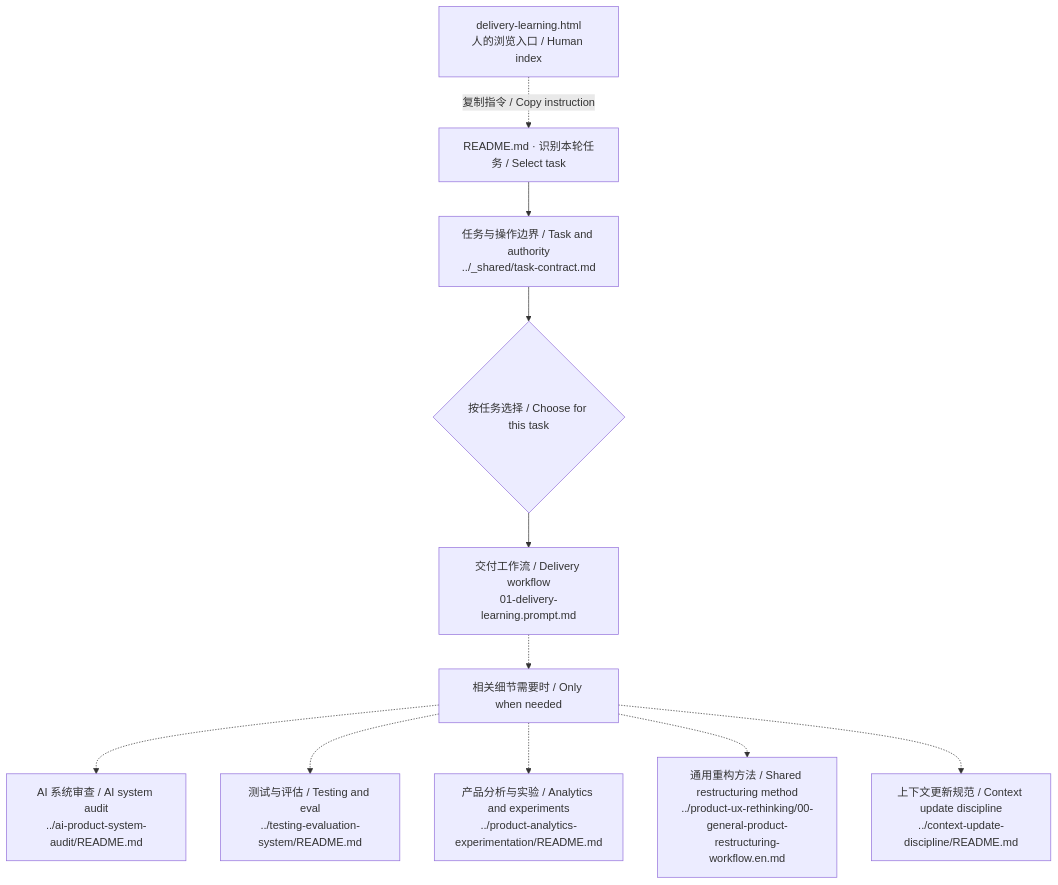
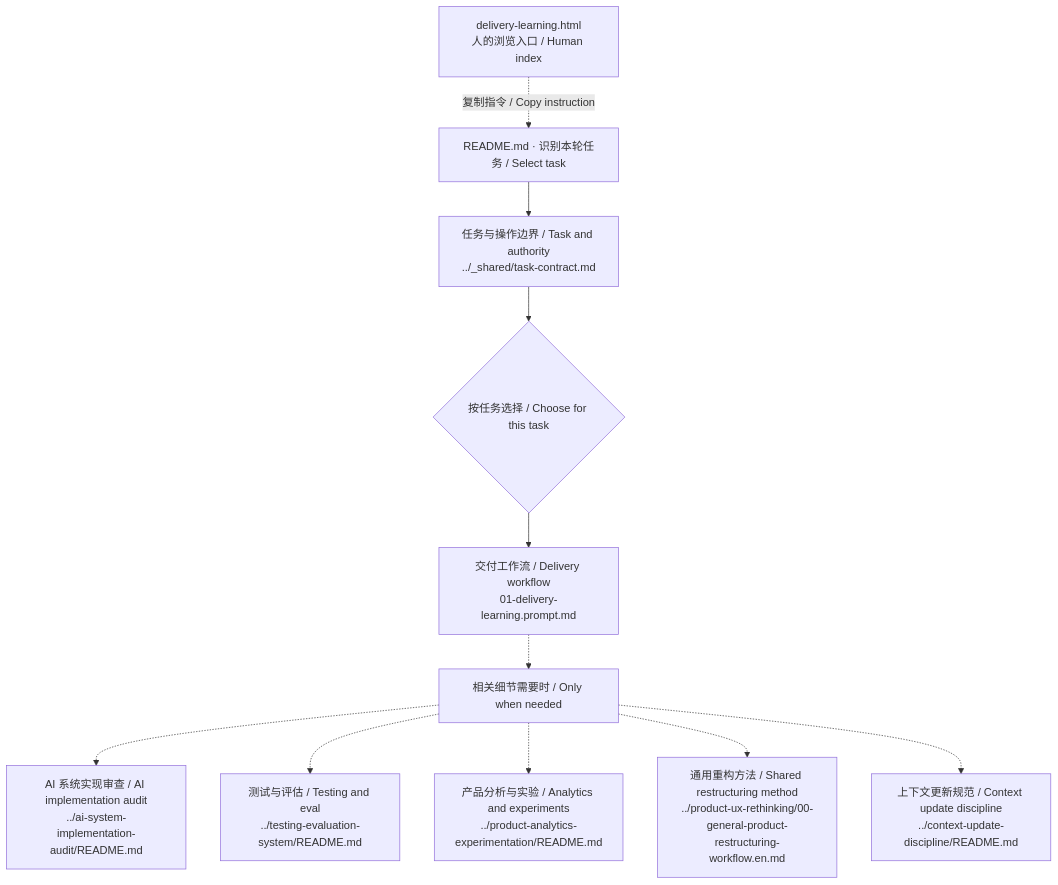
One commit to CD3-github/product-practice-library changed the diagram in prompts/delivery-learning/file-map.md. Above: the diagram before and after it, drawn with Mermaid. The commit also changed other lines of this file and 16 other files, not shown here.

Commit message:
Rename AI system implementation audit

````diff
--- a/prompts/delivery-learning/file-map.md
+++ b/prompts/delivery-learning/file-map.md
@@ -15,24 +15,24 @@
 ```mermaid
 flowchart TD
   H["delivery-learning.html<br/>人的浏览入口 / Human index"]
   E["README.md · 识别本轮任务 / Select task"]
   H -. "复制指令 / Copy instruction" .-> E
   Q0["任务与操作边界 / Task and authority<br/>../_shared/task-contract.md"]
   E --> Q0
   S{"按任务选择 / Choose for this task"}
   Q0 --> S
   W0["交付工作流 / Delivery workflow<br/>01-delivery-learning.prompt.md"]
   S --> W0
   O["相关细节需要时 / Only when needed"]
   W0 -.-> O
-  R0["AI 系统审查 / AI system audit<br/>../ai-product-system-audit/README.md"]
+  R0["AI 系统实现审查 / AI implementation audit<br/>../ai-system-implementation-audit/README.md"]
   O -.-> R0
   R1["测试与评估 / Testing and eval<br/>../testing-evaluation-system/README.md"]
   O -.-> R1
   R2["产品分析与实验 / Analytics and experiments<br/>../product-analytics-experimentation/README.md"]
   O -.-> R2
   R3["通用重构方法 / Shared restructuring method<br/>../product-ux-rethinking/00-general-product-restructuring-workflow.en.md"]
   O -.-> R3
   R4["上下文更新规范 / Context update discipline<br/>../context-update-discipline/README.md"]
   O -.-> R4
 ```
````
